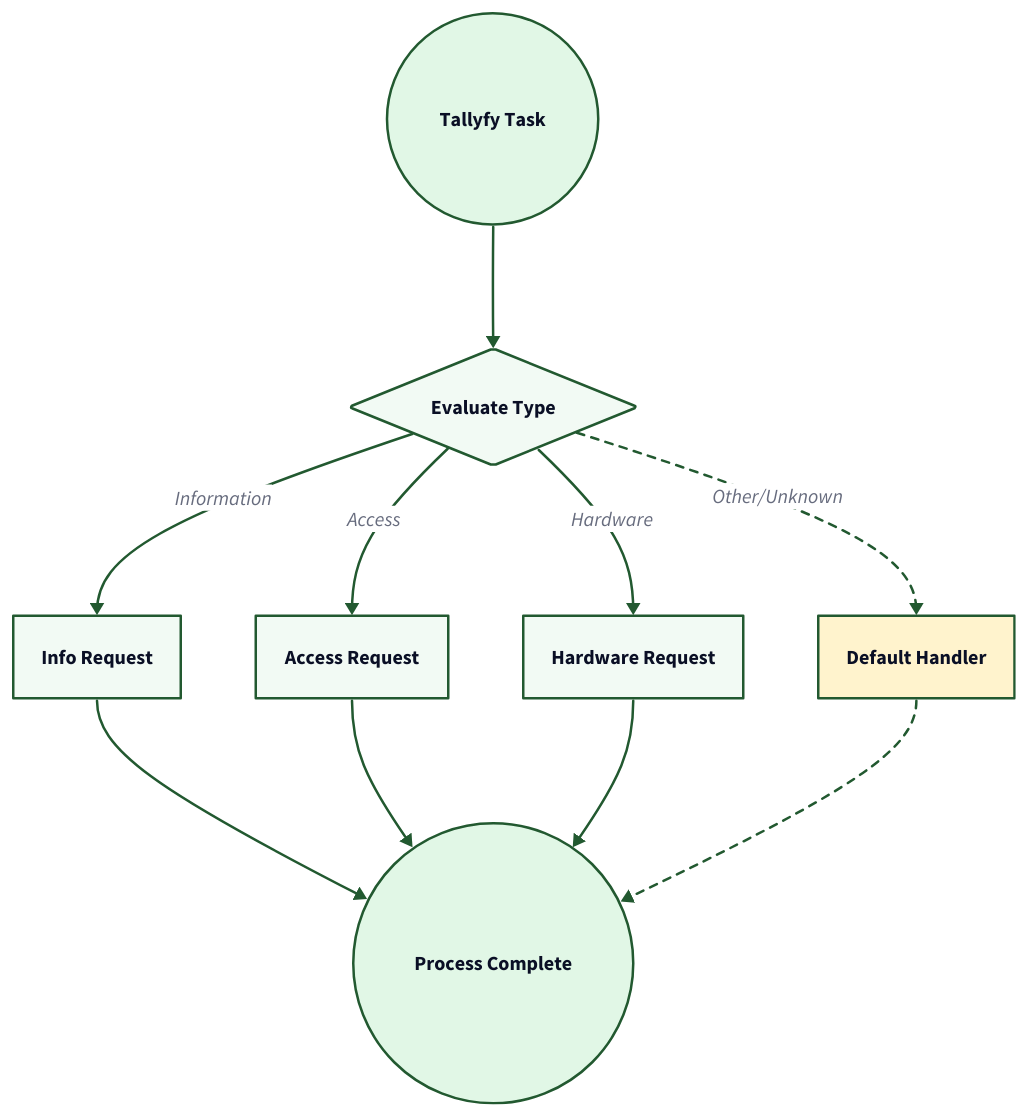
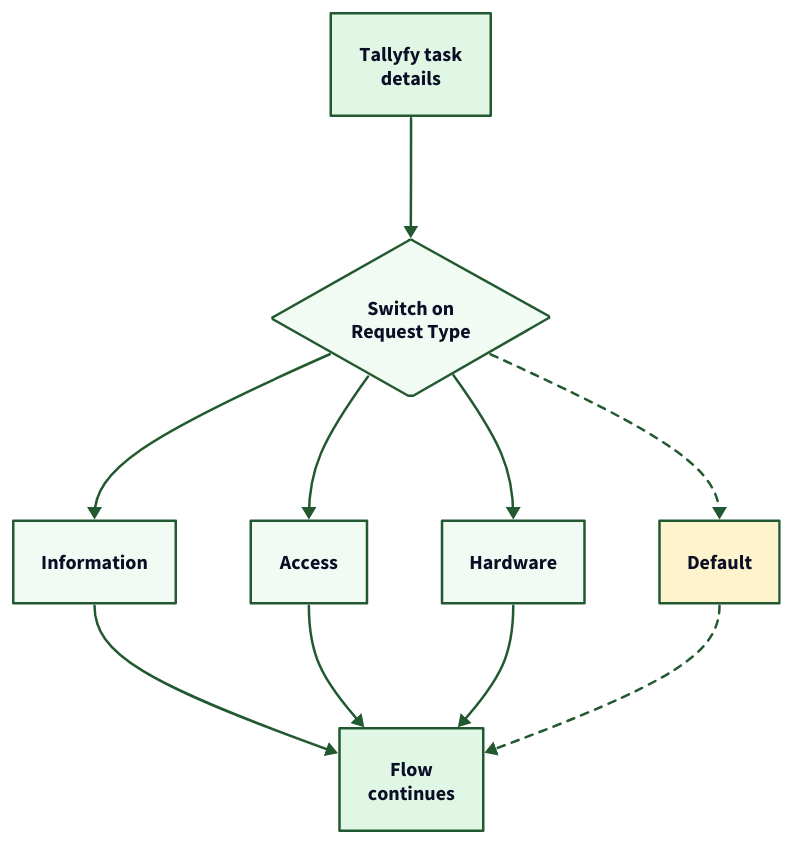
The diagram in src/content/docs/pro/integrations/middleware/power-automate/advanced-conditions-and-expressions.mdx (tallyfy/documentation), drawn with D2 before and after one commit. The commit also changed 13 other files, not shown here.

First line of the commit message:
Redraw 16 diagrams on 14 pages so they read at full size

````diff
--- a/src/content/docs/pro/integrations/middleware/power-automate/advanced-conditions-and-expressions.mdx
+++ b/src/content/docs/pro/integrations/middleware/power-automate/advanced-conditions-and-expressions.mdx
@@ -93,90 +93,72 @@
 ```d2
+# How a Switch replaces nested conditions
 direction: down
 
-# Start
-Start: Tallyfy Task {
-  shape: circle
+Start: "Tallyfy task\ndetails" {
   style.fill: "#e1f7e6"
   style.stroke: "#225930"
   style.stroke-width: 2
 }
 
-# Evaluation
-Evaluate: Evaluate Type {
+Evaluate: "Switch on\nRequest Type" {
   shape: diamond
   style.fill: "#f2faf4"
   style.stroke: "#225930"
 }
 
-# Case Branches
-Info: Info Request {
-  shape: rectangle
+Info: "Information" {
   style.fill: "#f2faf4"
   style.stroke: "#225930"
 }
 
-Access: Access Request {
-  shape: rectangle
+Access: "Access" {
   style.fill: "#f2faf4"
   style.stroke: "#225930"
 }
 
-Hardware: Hardware Request {
-  shape: rectangle
+Hardware: "Hardware" {
   style.fill: "#f2faf4"
   style.stroke: "#225930"
 }
 
-Default: Default Handler {
-  shape: rectangle
+Default: "Default" {
   style.fill: "#fff3cd"
   style.stroke: "#225930"
 }
 
-# End
-End: Process Complete {
-  shape: circle
+End: "Flow\ncontinues" {
   style.fill: "#e1f7e6"
   style.stroke: "#225930"
   style.stroke-width: 2
 }
 
-# Flow
-Start -> Evaluate {
+Start -> Evaluate: {
   style.stroke: "#225930"
   style.stroke-width: 2
 }
-
-Evaluate -> Info: Information {
+Evaluate -> Info: {
   style.stroke: "#225930"
 }
-
-Evaluate -> Access: Access {
+Evaluate -> Access: {
   style.stroke: "#225930"
 }
-
-Evaluate -> Hardware: Hardware {
+Evaluate -> Hardware: {
   style.stroke: "#225930"
 }
-
-Evaluate -> Default: Other/Unknown {
+Evaluate -> Default: {
   style.stroke: "#225930"
   style.stroke-dash: 3
 }
-
-Info -> End {
+Info -> End: {
   style.stroke: "#225930"
 }
-
-Access -> End {
+Access -> End: {
   style.stroke: "#225930"
 }
-
-Hardware -> End {
+Hardware -> End: {
   style.stroke: "#225930"
 }
-
-Default -> End {
+Default -> End: {
   style.stroke: "#225930"
   style.stroke-dash: 3
 }
````
